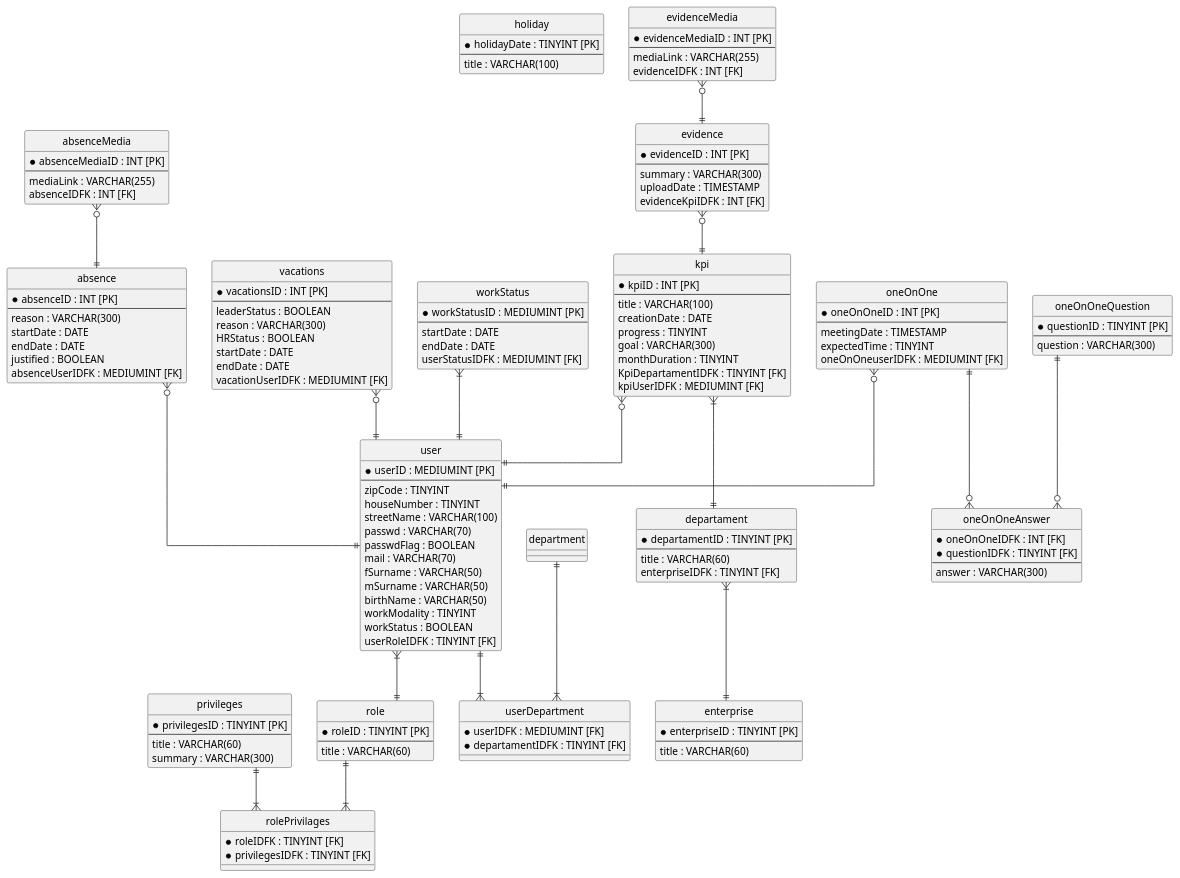
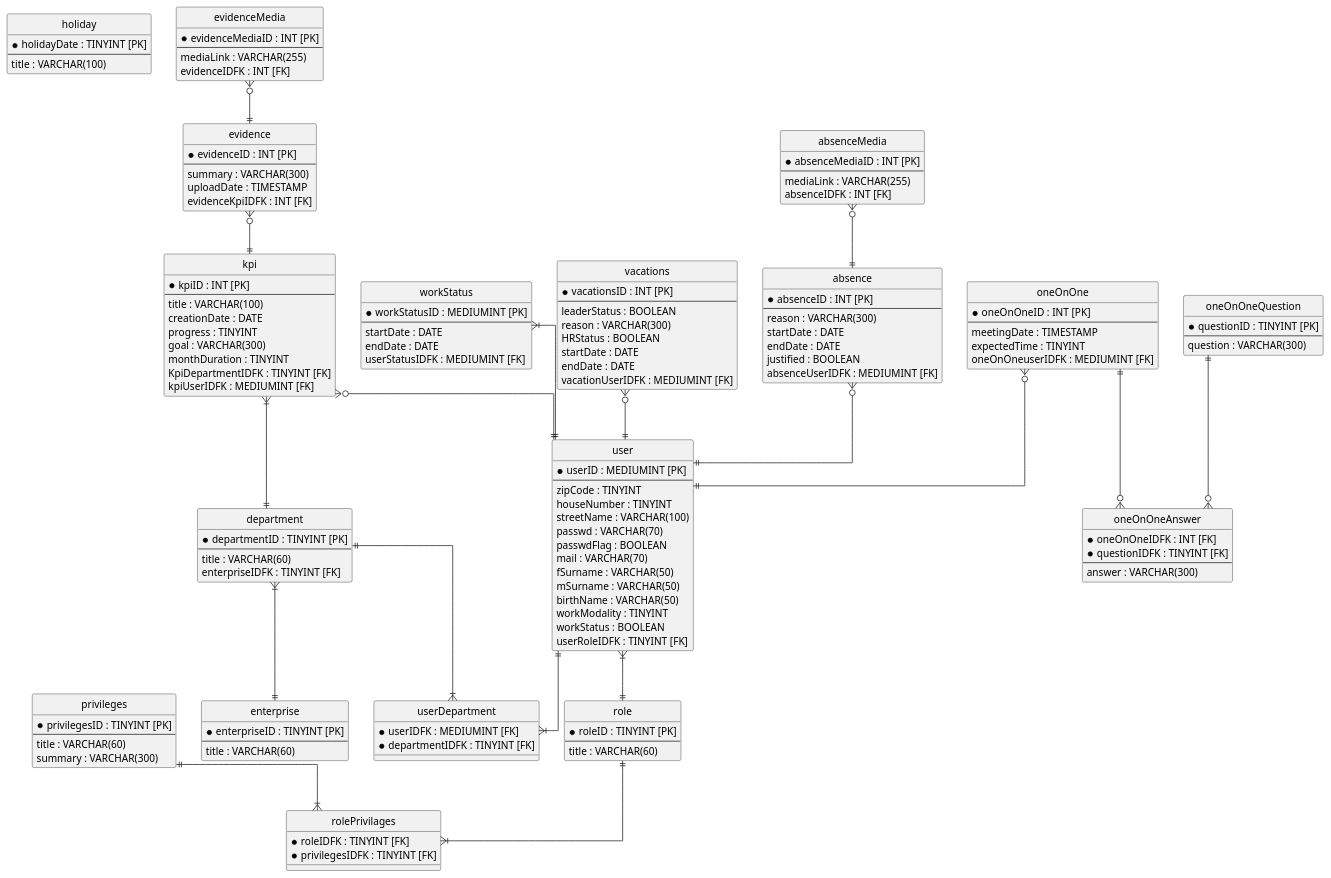
One commit to EdCanCe/WorkCells changed the diagram in diagrams/MR codigo.puml. Above: the diagram before and after it, drawn with PlantUML. The commit also changed 1 other file, not shown here.

```diff
--- a/diagrams/MR codigo.puml
+++ b/diagrams/MR codigo.puml
@@ -1,167 +1,167 @@
-@startuml
+@startuml MR
 
 hide circle
 skinparam linetype ortho
 
 entity holiday {
     * holidayDate : TINYINT [PK]
     --
     title : VARCHAR(100)
 }
 
 entity privileges {
     * privilegesID : TINYINT [PK]
     --
     title : VARCHAR(60)
     summary : VARCHAR(300)
 }
 
 entity role {
     * roleID : TINYINT [PK]
     --
     title : VARCHAR(60)
 }
 
 entity rolePrivilages {
     * roleIDFK : TINYINT [FK]
     * privilegesIDFK : TINYINT [FK]
 }
 
 entity user {
     * userID : MEDIUMINT [PK]
     --
     zipCode : TINYINT
     houseNumber : TINYINT
     streetName : VARCHAR(100)
     passwd : VARCHAR(70)
     passwdFlag : BOOLEAN
     mail : VARCHAR(70)
     fSurname : VARCHAR(50)
     mSurname : VARCHAR(50)
     birthName : VARCHAR(50)
     workModality : TINYINT
     workStatus : BOOLEAN
     userRoleIDFK : TINYINT [FK]
 }
 
 entity workStatus {
     * workStatusID : MEDIUMINT [PK]
     --
     startDate : DATE
     endDate : DATE
     userStatusIDFK : MEDIUMINT [FK]
 }
 
 entity enterprise {
     * enterpriseID : TINYINT [PK]
     --
     title : VARCHAR(60)
 }
 
-entity departament {
-    * departamentID : TINYINT [PK]
+entity department {
+    * departmentID : TINYINT [PK]
     --
     title : VARCHAR(60)
     enterpriseIDFK : TINYINT [FK]
 }
 
 entity userDepartment {
     * userIDFK : MEDIUMINT [FK]
-    * departamentIDFK : TINYINT [FK]
+    * departmentIDFK : TINYINT [FK]
 }
 
 entity kpi {
     * kpiID : INT [PK]
     --
     title : VARCHAR(100)
     creationDate : DATE
     progress : TINYINT
     goal : VARCHAR(300)
     monthDuration : TINYINT
-    KpiDepartamentIDFK : TINYINT [FK]
+    KpiDepartmentIDFK : TINYINT [FK]
     kpiUserIDFK : MEDIUMINT [FK]
 }
 
 entity evidence {
     * evidenceID : INT [PK]
     --
     summary : VARCHAR(300)
     uploadDate : TIMESTAMP
     evidenceKpiIDFK : INT [FK]
 }
 
 entity evidenceMedia {
     * evidenceMediaID : INT [PK]
     --
     mediaLink : VARCHAR(255)
     evidenceIDFK : INT [FK]
 }
 
 entity vacations {
     * vacationsID : INT [PK]
     --
     leaderStatus : BOOLEAN
     reason : VARCHAR(300)
     HRStatus : BOOLEAN
     startDate : DATE
     endDate : DATE
     vacationUserIDFK : MEDIUMINT [FK]
 }
 
 entity absence {
     * absenceID : INT [PK]
     --
     reason : VARCHAR(300)
     startDate : DATE
     endDate : DATE
     justified : BOOLEAN
     absenceUserIDFK : MEDIUMINT [FK]
 }
 
 entity absenceMedia {
     * absenceMediaID : INT [PK]
     --
     mediaLink : VARCHAR(255)
     absenceIDFK : INT [FK]
 }
 
 entity oneOnOne {
     * oneOnOneID : INT [PK]
     --
     meetingDate : TIMESTAMP
     expectedTime : TINYINT
     oneOnOneuserIDFK : MEDIUMINT [FK]
 }
 
 entity oneOnOneQuestion {
     * questionID : TINYINT [PK]
     --
     question : VARCHAR(300)
 }
 
 entity oneOnOneAnswer {
     * oneOnOneIDFK : INT [FK]
     * questionIDFK : TINYINT [FK]
     --
     answer : VARCHAR(300)
 }
 
 role ||--|{ rolePrivilages
 privileges ||--|{ rolePrivilages
 user }|--|| role
 workStatus }|--|| user 
-departament }|--|| enterprise
+department }|--|| enterprise
 user ||--|{ userDepartment
 department ||--|{ userDepartment
-kpi }|--|| departament
+kpi }|--|| department
 kpi }o--|| user
 evidence }o--|| kpi
 evidenceMedia }o--|| evidence
 vacations }o--|| user
 absence }o--|| user
 absenceMedia }o--|| absence
 oneOnOne }o--|| user
 oneOnOne ||--o{ oneOnOneAnswer
 oneOnOneQuestion ||--o{ oneOnOneAnswer
 
 @enduml
```
